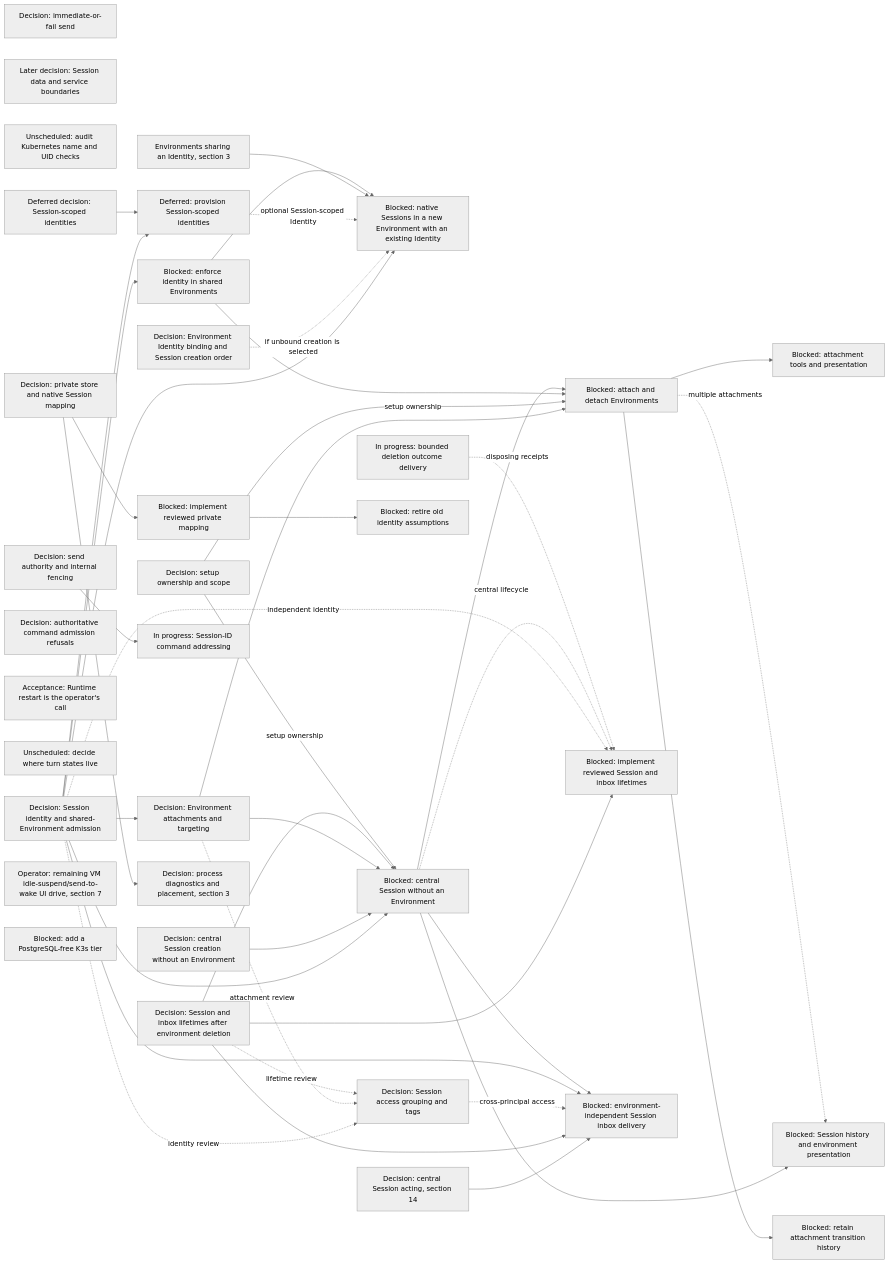
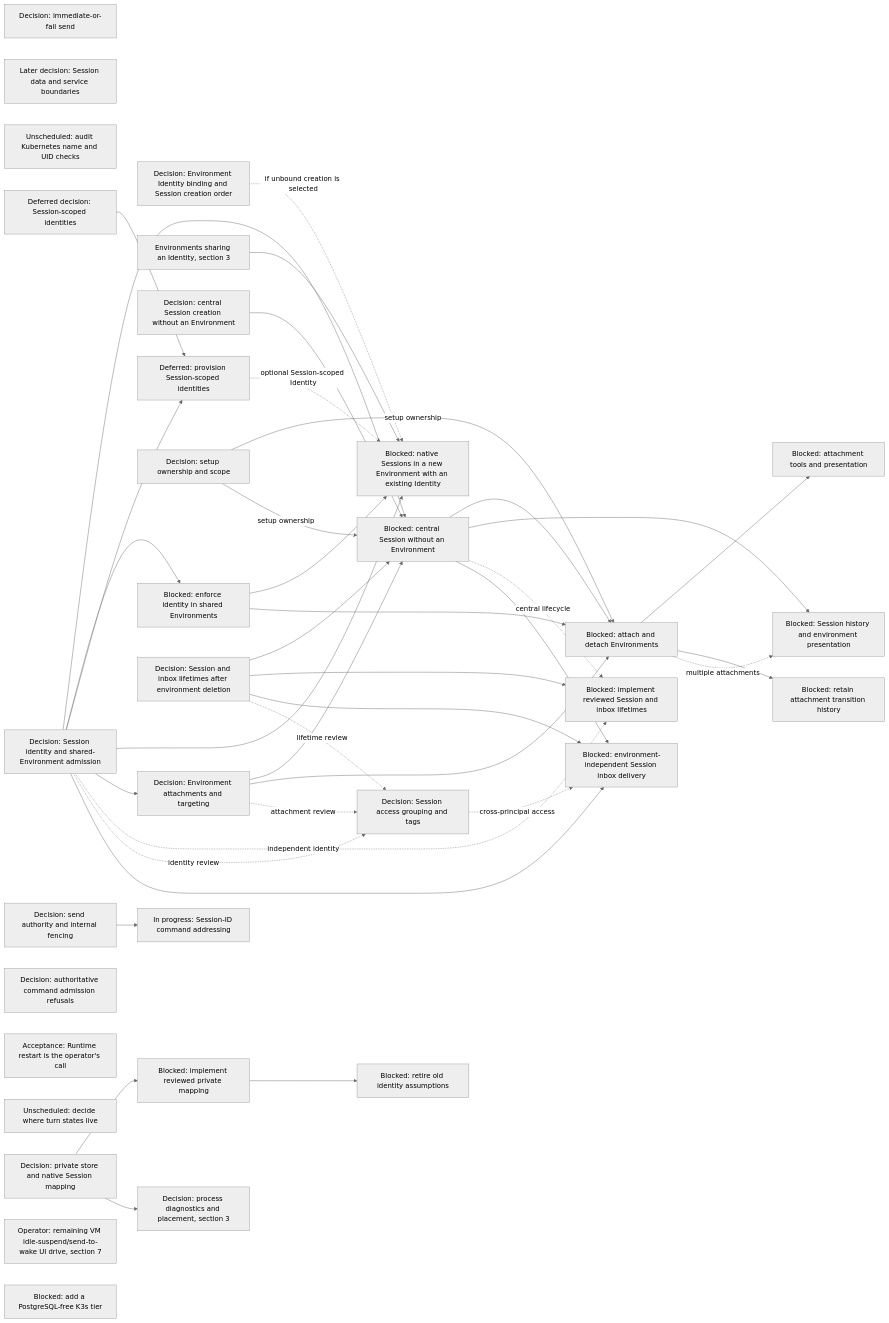
Diagram 14 of 18 in agentplane/plans/task_dag.md (agentydragon/ducktape), drawn with Mermaid (neutral theme) before and after one commit. The commit also changed other lines of this file and 22 other files, not shown here.

````diff
--- a/agentplane/plans/task_dag.md
+++ b/agentplane/plans/task_dag.md
@@ -2473,75 +2479,72 @@
 ```mermaid
 flowchart LR
     DISPATCHER_PERSISTENCE_MODEL_DESIGN[Decision: immediate-or-fail send]
     SESSION_DATA_OWNERSHIP_DESIGN[Later decision: Session data and service boundaries]
     KUBERNETES_UID_CHECK_AUDIT[Unscheduled: audit Kubernetes name and UID checks]
     SESSION_IDENTITY_CONTRACT[Decision: Session identity and shared-Environment admission]
     ENVIRONMENT_IDENTITY_BINDING_DESIGN[Decision: Environment Identity binding and Session creation order]
     SESSION_IDENTITY_PROVISIONING_DESIGN[Deferred decision: Session-scoped identities]
     SESSION_MANAGED_IDENTITY[Deferred: provision Session-scoped identities]
     SESSION_NATIVE_IDENTITY_WORKFLOW[Blocked: native Sessions in a new Environment with an existing Identity]
     ENVIRONMENT_SHARED_IDENTITY[Environments sharing an Identity, section 3]
     SESSION_ACCESS_GROUPING_DESIGN[Decision: Session access grouping and tags]
     CENTRAL_SESSION_CREATION_CONTRACT[Decision: central Session creation without an Environment]
     SESSION_ATTACHMENT_CONTRACT[Decision: Environment attachments and targeting]
     SESSION_ENVIRONMENT_SETUP_DESIGN[Decision: setup ownership and scope]
     SESSION_IDENTITY_ENFORCEMENT[Blocked: enforce identity in shared Environments]
     CENTRAL_SESSION_WITHOUT_ENVIRONMENT[Blocked: central Session without an Environment]
     SESSION_ENV_ATTACHMENTS[Blocked: attach and detach Environments]
     SESSION_ATTACHMENT_SURFACES[Blocked: attachment tools and presentation]
     SESSION_ATTACHMENT_HISTORY[Blocked: retain attachment transition history]
     SESSION_LIFETIME_IMPLEMENTATION[Blocked: implement reviewed Session and inbox lifetimes]
     CENTRAL_SESSION_NOTIFICATIONS[Blocked: environment-independent Session inbox delivery]
     DELIVERY_DESTINATION_AUTHORITY_DESIGN[Decision: send authority and internal fencing]
     COMMAND_ADMISSION_REFUSAL_DESIGN[Decision: authoritative command admission refusals]
-    SESSION_DELETION_FENCE[In progress: bounded deletion outcome delivery]
     SESSION_AND_INBOX_LIFETIME[Decision: Session and inbox lifetimes after environment deletion]
     DELIVERY_DESTINATION_CONTRACT[In progress: Session-ID command addressing]
     SESSION_HISTORY_PRESENTATION[Blocked: Session history and environment presentation]
     DISPATCHER_RUNNING_STATUS[Acceptance: Runtime restart is the operator's call]
     TURN_STATE_PLACEMENT_DESIGN[Unscheduled: decide where turn states live]
     SESSION_IDENTITY_CONTRACT --> CENTRAL_SESSION_WITHOUT_ENVIRONMENT
-    CENTRAL_SESSION_ACTING_DESIGN[Decision: central Session acting, section 14] --> CENTRAL_SESSION_NOTIFICATIONS
     CENTRAL_SESSION_CREATION_CONTRACT --> CENTRAL_SESSION_WITHOUT_ENVIRONMENT
     SESSION_ATTACHMENT_CONTRACT --> CENTRAL_SESSION_WITHOUT_ENVIRONMENT
     SESSION_AND_INBOX_LIFETIME --> CENTRAL_SESSION_WITHOUT_ENVIRONMENT
     SESSION_IDENTITY_CONTRACT --> SESSION_IDENTITY_ENFORCEMENT
     SESSION_IDENTITY_CONTRACT --> SESSION_MANAGED_IDENTITY
     SESSION_IDENTITY_PROVISIONING_DESIGN --> SESSION_MANAGED_IDENTITY
     SESSION_IDENTITY_CONTRACT --> SESSION_NATIVE_IDENTITY_WORKFLOW
     ENVIRONMENT_IDENTITY_BINDING_DESIGN -. if unbound creation is selected .-> SESSION_NATIVE_IDENTITY_WORKFLOW
     SESSION_MANAGED_IDENTITY -. optional Session-scoped Identity .-> SESSION_NATIVE_IDENTITY_WORKFLOW
     ENVIRONMENT_SHARED_IDENTITY --> SESSION_NATIVE_IDENTITY_WORKFLOW
     SESSION_IDENTITY_ENFORCEMENT --> SESSION_NATIVE_IDENTITY_WORKFLOW
     SESSION_IDENTITY_CONTRACT --> SESSION_ATTACHMENT_CONTRACT
     SESSION_ATTACHMENT_CONTRACT --> SESSION_ENV_ATTACHMENTS
     SESSION_ENVIRONMENT_SETUP_DESIGN -- setup ownership --> SESSION_ENV_ATTACHMENTS
     SESSION_ENVIRONMENT_SETUP_DESIGN -- setup ownership --> CENTRAL_SESSION_WITHOUT_ENVIRONMENT
     SESSION_IDENTITY_ENFORCEMENT --> SESSION_ENV_ATTACHMENTS
     CENTRAL_SESSION_WITHOUT_ENVIRONMENT --> SESSION_ENV_ATTACHMENTS
     SESSION_ENV_ATTACHMENTS --> SESSION_ATTACHMENT_SURFACES
     SESSION_ENV_ATTACHMENTS --> SESSION_ATTACHMENT_HISTORY
     CENTRAL_SESSION_WITHOUT_ENVIRONMENT --> SESSION_HISTORY_PRESENTATION
     SESSION_ENV_ATTACHMENTS -. multiple attachments .-> SESSION_HISTORY_PRESENTATION
     SESSION_AND_INBOX_LIFETIME --> SESSION_LIFETIME_IMPLEMENTATION
     SESSION_IDENTITY_CONTRACT -. independent identity .-> SESSION_LIFETIME_IMPLEMENTATION
     CENTRAL_SESSION_WITHOUT_ENVIRONMENT -. central lifecycle .-> SESSION_LIFETIME_IMPLEMENTATION
-    SESSION_DELETION_FENCE -. disposing receipts .-> SESSION_LIFETIME_IMPLEMENTATION
     SESSION_AND_INBOX_LIFETIME --> CENTRAL_SESSION_NOTIFICATIONS
     SESSION_IDENTITY_CONTRACT -. identity review .-> SESSION_ACCESS_GROUPING_DESIGN
     SESSION_ATTACHMENT_CONTRACT -. attachment review .-> SESSION_ACCESS_GROUPING_DESIGN
     SESSION_AND_INBOX_LIFETIME -. lifetime review .-> SESSION_ACCESS_GROUPING_DESIGN
     SESSION_ACCESS_GROUPING_DESIGN -. cross-principal access .-> CENTRAL_SESSION_NOTIFICATIONS
     SESSION_IDENTITY_CONTRACT --> CENTRAL_SESSION_NOTIFICATIONS
     CENTRAL_SESSION_WITHOUT_ENVIRONMENT --> CENTRAL_SESSION_NOTIFICATIONS
     HARNESS_IDENTITY_DESIGN[Decision: private store and native Session mapping]
     RUNNER_STORE_SESSION_IDENTITY[Blocked: implement reviewed private mapping]
     RUNNER_IDENTITY_LEGACY_CLEANUP[Blocked: retire old identity assumptions]
     IDLE_SUSPEND_UI_DRIVE[Operator: remaining VM idle-suspend/send-to-wake UI drive, section 7]
     RUNNER_HARNESS_OBJECTS_DESIGN[Decision: process diagnostics and placement, section 3]
     CNPG_FREE_K3S_INTEGRATION_TIER[Blocked: add a PostgreSQL-free K3s tier]
     DELIVERY_DESTINATION_AUTHORITY_DESIGN --> DELIVERY_DESTINATION_CONTRACT
     RUNNER_STORE_SESSION_IDENTITY --> RUNNER_IDENTITY_LEGACY_CLEANUP
     HARNESS_IDENTITY_DESIGN --> RUNNER_STORE_SESSION_IDENTITY
     HARNESS_IDENTITY_DESIGN --> RUNNER_HARNESS_OBJECTS_DESIGN
 ```
````
